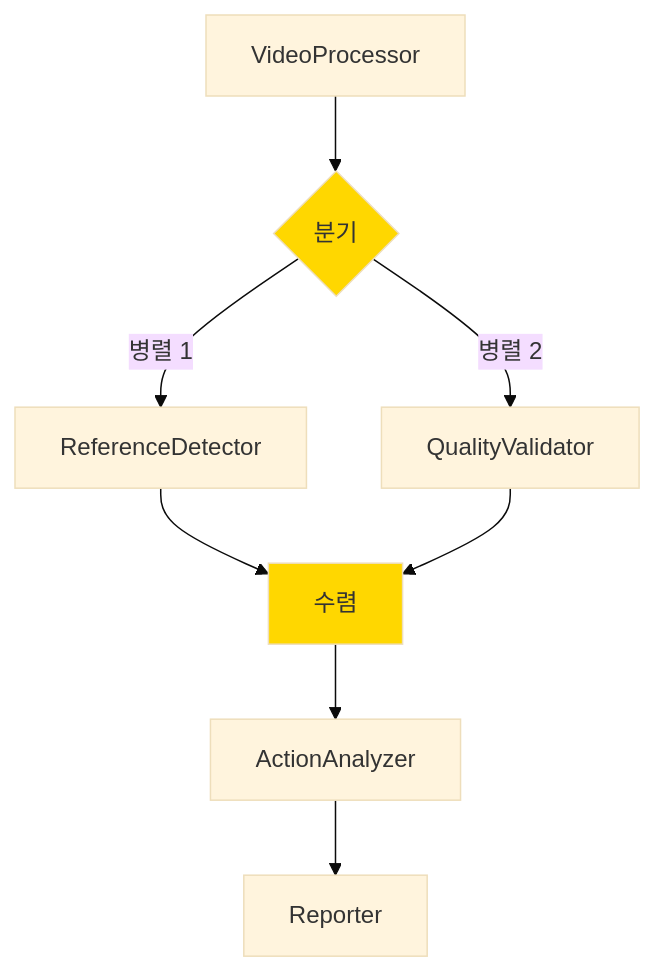
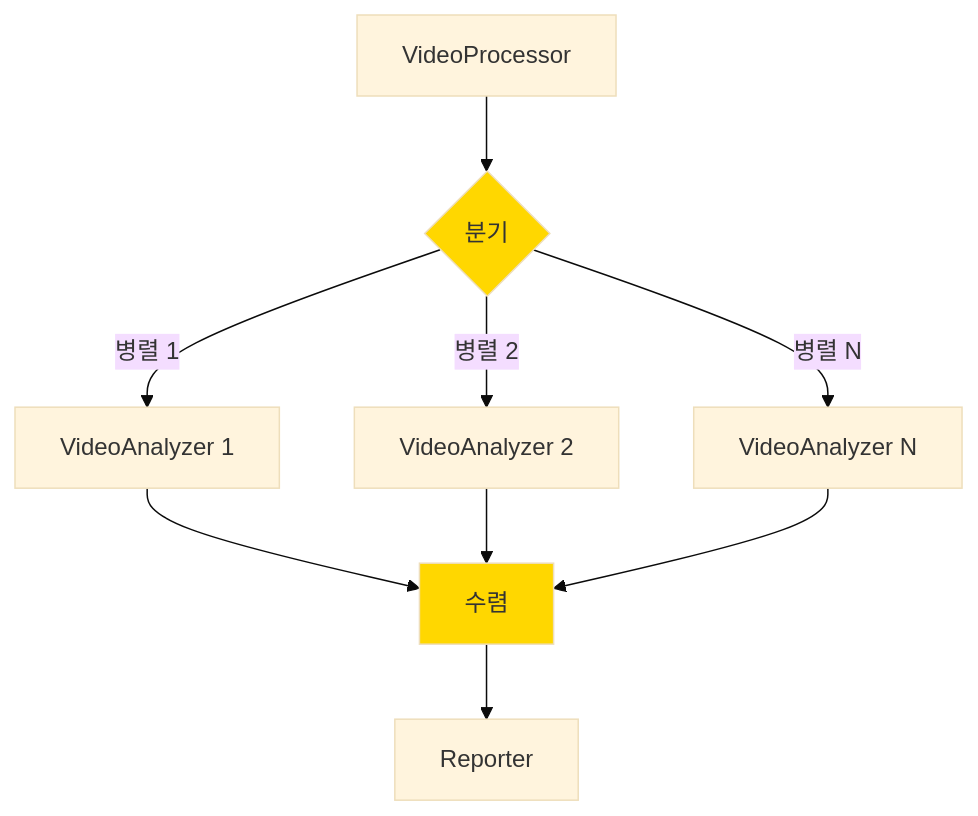
The eighth of 12 diagrams in app/ARCHITECTURE.md (BrianTakion/AI_inhaler_Langgraph), drawn with Mermaid (base theme) before and after one commit. The commit also changed other lines of this file and 29 other files, not shown here.

````diff
--- a/app/ARCHITECTURE.md
+++ b/app/ARCHITECTURE.md
@@ -360,15 +576,16 @@
 ```mermaid
 graph TD
     A[VideoProcessor] --> B{분기}
-    B -->|병렬 1| C[ReferenceDetector]
-    B -->|병렬 2| D[QualityValidator]
+    B -->|병렬 1| C[VideoAnalyzer 1]
+    B -->|병렬 2| D[VideoAnalyzer 2]
+    B -->|병렬 N| E[VideoAnalyzer N]
     
-    C --> E[수렴]
-    D --> E
+    C --> F[수렴]
+    D --> F
+    E --> F
     
-    E --> F[ActionAnalyzer]
     F --> G[Reporter]
     
     style B fill:#FFD700
-    style E fill:#FFD700
+    style F fill:#FFD700
 ```
````
